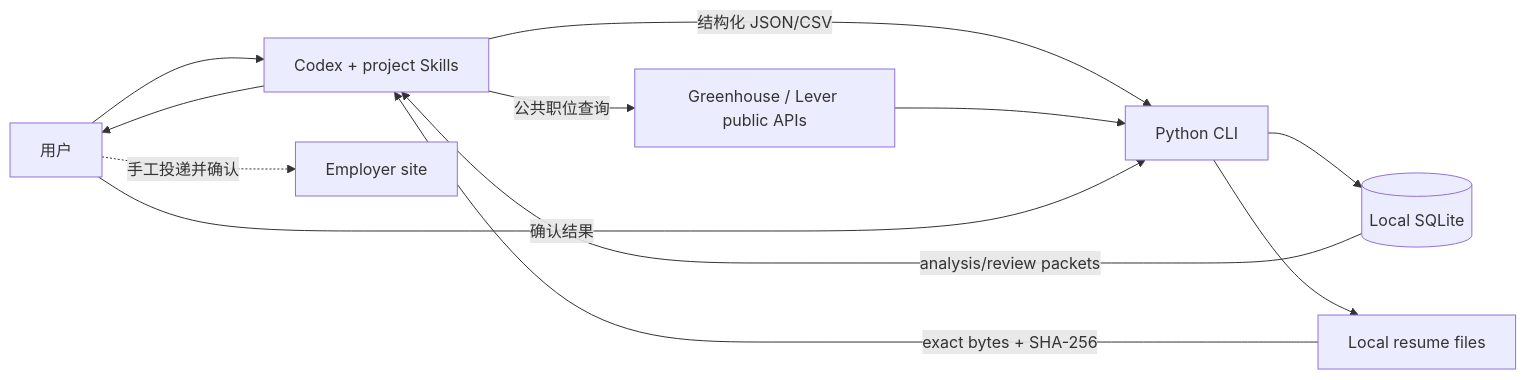
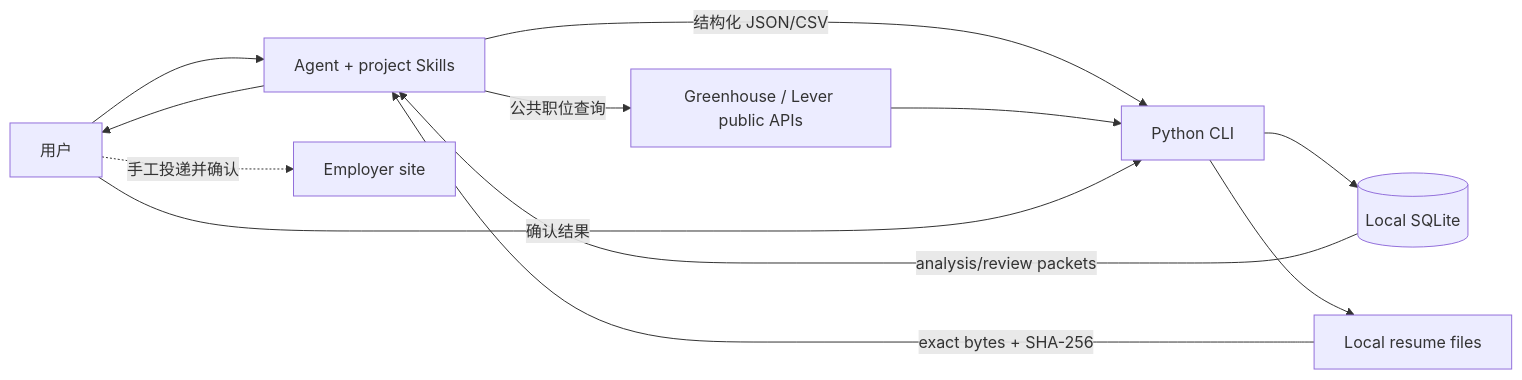
The diagram in docs/ARCHITECTURE.md (thituongh699-hash/oriward), drawn with Mermaid before and after one commit. The commit also changed other lines of this file and 51 other files, not shown here.

````diff
--- a/docs/ARCHITECTURE.md
+++ b/docs/ARCHITECTURE.md
@@ -7,14 +9,14 @@
 ```mermaid
 flowchart LR
-  U[用户] --> C[Codex + project Skills]
+  U[用户] --> C[Agent + project Skills]
   C -->|公共职位查询| G[Greenhouse / Lever public APIs]
   C -->|结构化 JSON/CSV| P[Python CLI]
   G --> P
   P --> DB[(Local SQLite)]
   P --> F[Local resume files]
   DB -->|analysis/review packets| C
   F -->|exact bytes + SHA-256| C
   C --> U
   U -.手工投递并确认.-> A[Employer site]
   U -->|确认结果| P
 ```
````
